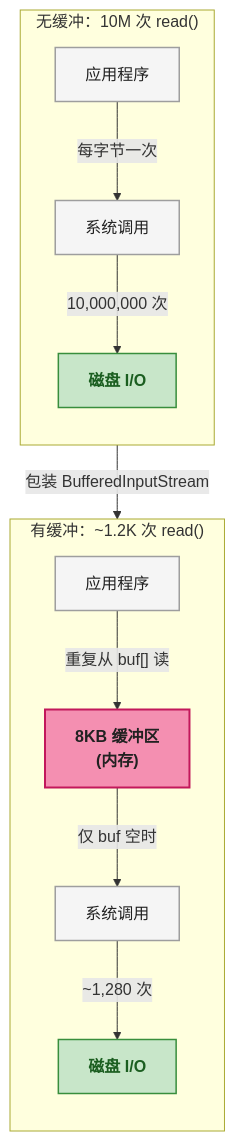
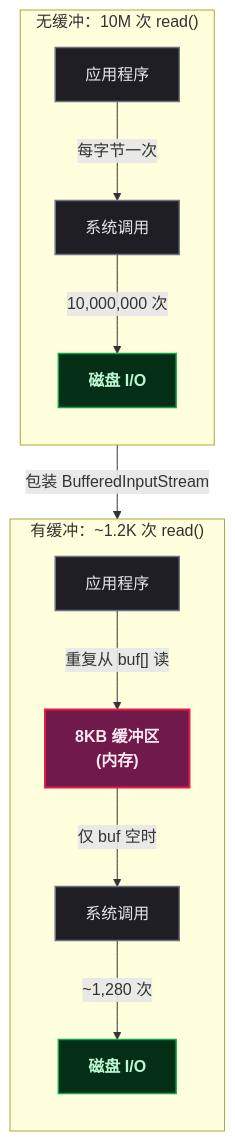
Before and after one commit to yaocat55/yaocat55.github.io: the eighth of 8 diagrams in content/posts/io/BufferedStreamAndDecorator.md, drawn with Mermaid. The commit also changed other lines of this file and 155 other files, not shown here.

````diff
--- a/content/posts/io/BufferedStreamAndDecorator.md
+++ b/content/posts/io/BufferedStreamAndDecorator.md
@@ -652,25 +652,25 @@
 ```mermaid
 flowchart TD
-    classDef startEnd fill:#F48FB1,stroke:#C2185B,stroke-width:2px,color:#212121,font-weight:bold;
-    classDef process fill:#F5F5F5,stroke:#9E9E9E,stroke-width:1.5px,color:#212121;
-    classDef data fill:#C8E6C9,stroke:#388E3C,stroke-width:1.5px,color:#1B5E20,font-weight:bold;
+classDef startEnd fill:#701a4c,stroke:#e11d48,stroke-width:2px,color:#fce7f3,font-weight:bold;
+classDef process fill:#1e1e24,stroke:#6b7280,stroke-width:1.5px,color:#e5e7eb;
+classDef data fill:#052e16,stroke:#16a34a,stroke-width:1.5px,color:#bbf7d0,font-weight:bold;
 
     subgraph WITHOUT ["无缓冲：10M 次 read()"]
         direction TB
         APP1["应用程序"] -->|"每字节一次"| SYS1["系统调用"]
         SYS1 -->|"10,000,000 次"| DISK1["磁盘 I/O"]
     end
 
     subgraph WITH ["有缓冲：~1.2K 次 read()"]
         direction TB
         APP2["应用程序"] -->|"重复从 buf[] 读"| BUF2["8KB 缓冲区\n(内存)"]
         BUF2 -->|"仅 buf 空时"| SYS2["系统调用"]
         SYS2 -->|"~1,280 次"| DISK2["磁盘 I/O"]
     end
 
     WITHOUT -->|"包装 BufferedInputStream"| WITH
 
     class APP1,APP2,SYS1,SYS2 process;
     class DISK1,DISK2 data;
     class BUF2 startEnd;
 ```
````
